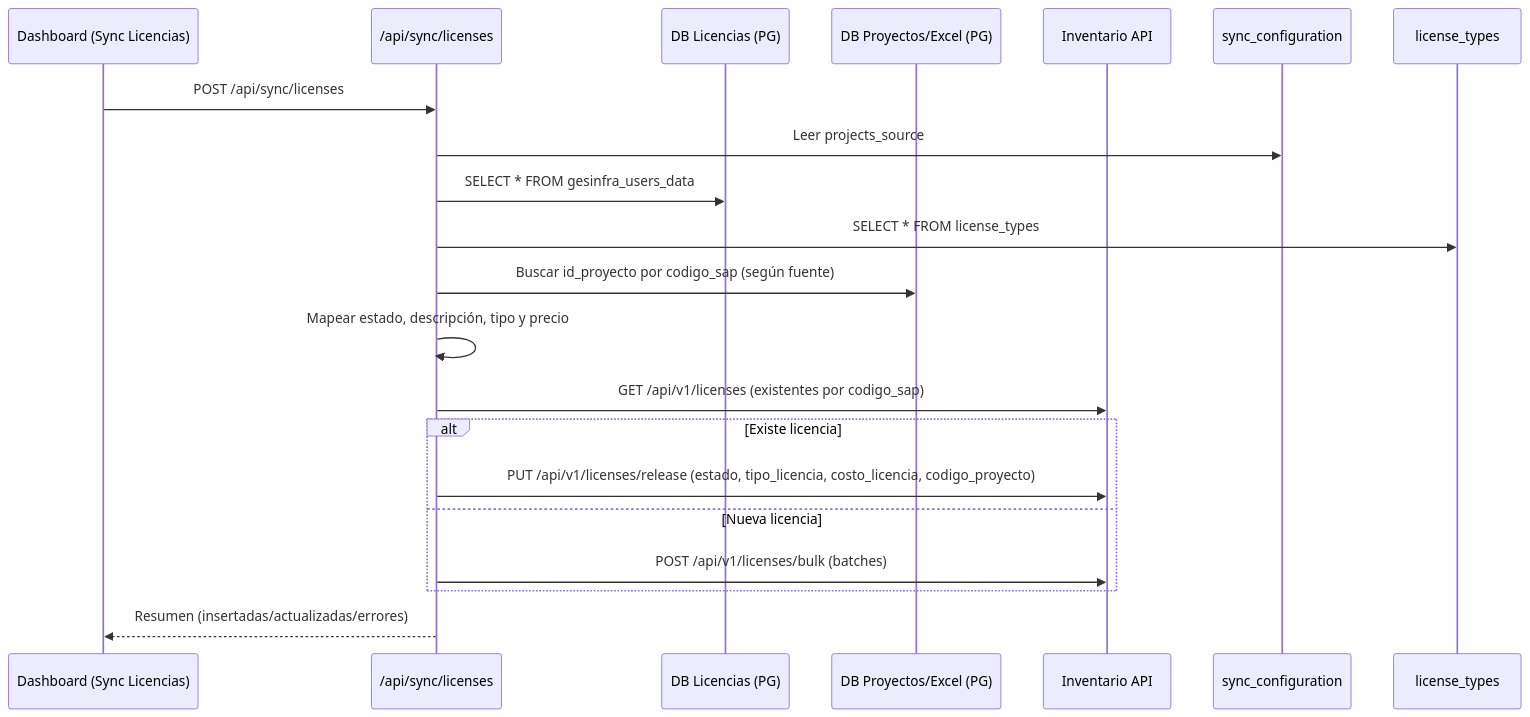
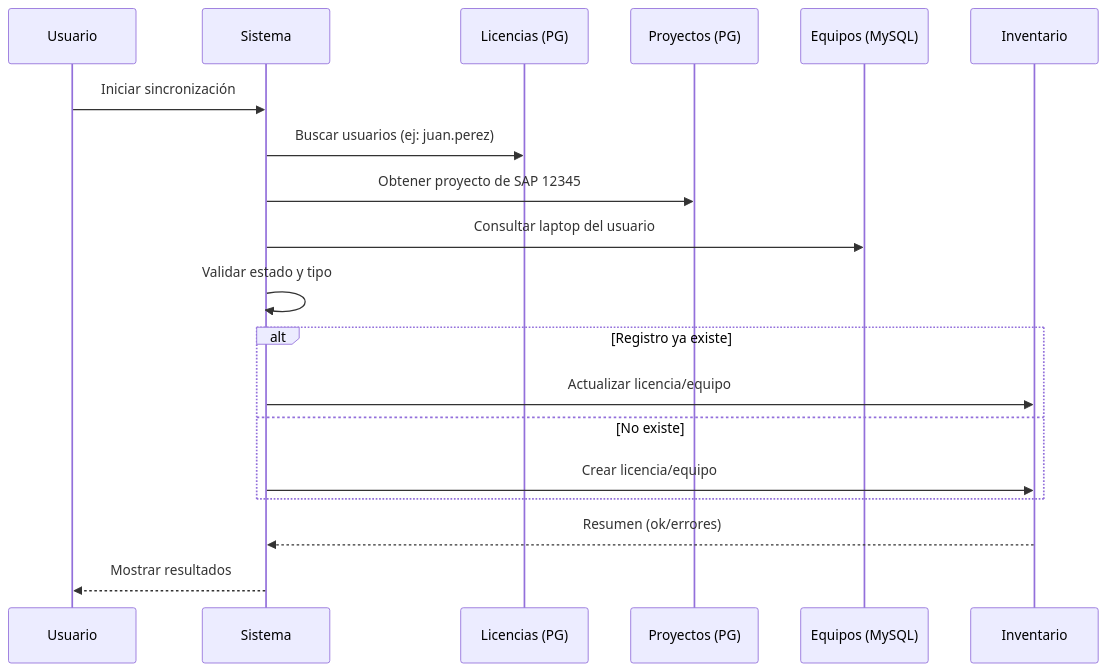
The second of 8 diagrams in README.md (zipdatape/RC3F03), drawn with Mermaid before and after one commit. The commit also changed other lines of this file, not shown here.

````diff
--- a/README.md
+++ b/README.md
@@ -62,24 +33,23 @@
 ```mermaid
+%% Secuencia resumida con datos de ejemplo
 sequenceDiagram
-  participant UI as Dashboard (Sync Licencias)
-  participant API as /api/sync/licenses
-  participant LIC as DB Licencias (PG)
-  participant PROJ as DB Proyectos/Excel (PG)
-  participant INV as Inventario API
-  participant CFG as sync_configuration
-  participant TYPES as license_types
+  participant U as Usuario
+  participant S as Sistema
+  participant L as Licencias (PG)
+  participant P as Proyectos (PG)
+  participant E as Equipos (MySQL)
+  participant I as Inventario
 
-  UI->>API: POST /api/sync/licenses
-  API->>CFG: Leer projects_source
-  API->>LIC: SELECT * FROM gesinfra_users_data
-  API->>TYPES: SELECT * FROM license_types
-  API->>PROJ: Buscar id_proyecto por codigo_sap (según fuente)
-  API->>API: Mapear estado, descripción, tipo y precio
-  API->>INV: GET /api/v1/licenses (existentes por codigo_sap)
-  alt Existe licencia
-    API->>INV: PUT /api/v1/licenses/release (estado, tipo_licencia, costo_licencia, codigo_proyecto)
-  else Nueva licencia
-    API->>INV: POST /api/v1/licenses/bulk (batches)
+  U->>S: Iniciar sincronización
+  S->>L: Buscar usuarios (ej: juan.perez)
+  S->>P: Obtener proyecto de SAP 12345
+  S->>E: Consultar laptop del usuario
+  S->>S: Validar estado y tipo
+  alt Registro ya existe
+    S->>I: Actualizar licencia/equipo
+  else No existe
+    S->>I: Crear licencia/equipo
   end
-  API-->>UI: Resumen (insertadas/actualizadas/errores)
+  I-->>S: Resumen (ok/errores)
+  S-->>U: Mostrar resultados
 ```
````
